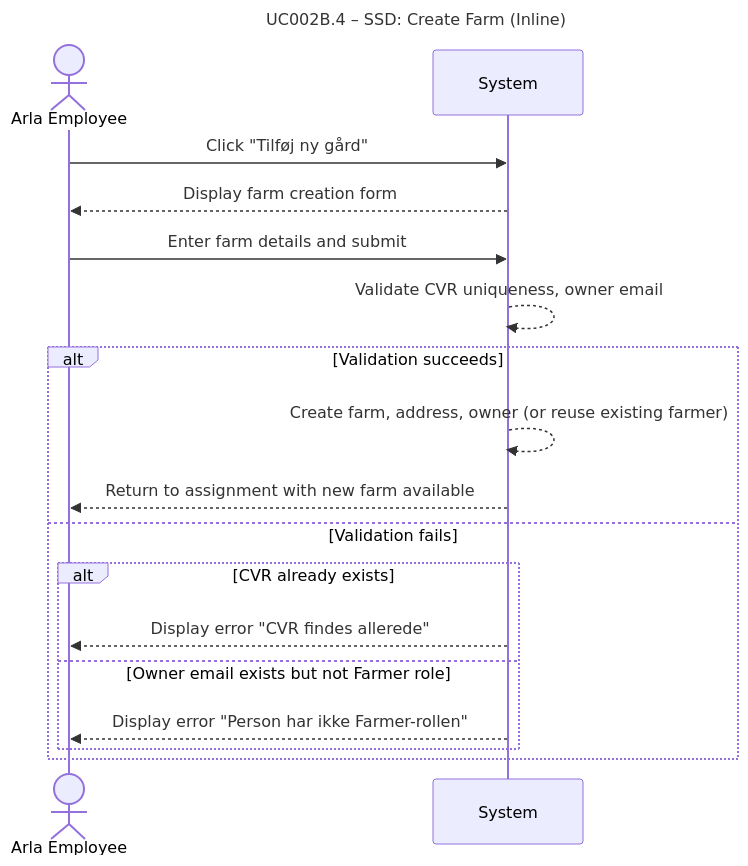
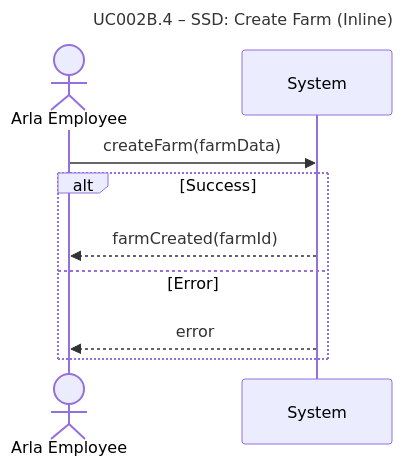
Before and after one commit to DMOoF25-TEAM11/ArlaNatureConnect: the diagram in docs/UseCase002B-AssignNatureCheckCase/UserStories/UC002B.4-CreateFarm/UC002B.4-SSD.md, drawn with Mermaid. The commit also changed other lines of this file and 65 other files, not shown here.

Commit message:
Update of UML

````diff
--- a/docs/UseCase002B-AssignNatureCheckCase/UserStories/UC002B.4-CreateFarm/UC002B.4-SSD.md
+++ b/docs/UseCase002B-AssignNatureCheckCase/UserStories/UC002B.4-CreateFarm/UC002B.4-SSD.md
@@ -3,24 +5,14 @@
 ```mermaid
 sequenceDiagram
     title UC002B.4 – SSD: Create Farm (Inline)
 
     actor ArlaEmployee as Arla Employee
     participant System as System
 
-    ArlaEmployee ->> System: Click "Tilføj ny gård"
-    System -->> ArlaEmployee: Display farm creation form
-    
-    ArlaEmployee ->> System: Enter farm details and submit
-    System -->> System: Validate CVR uniqueness, owner email
-    
-    alt Validation succeeds
-        System -->> System: Create farm, address, owner (or reuse existing farmer)
-        System -->> ArlaEmployee: Return to assignment with new farm available
-    else Validation fails
-        alt CVR already exists
-            System -->> ArlaEmployee: Display error "CVR findes allerede"
-        else Owner email exists but not Farmer role
-            System -->> ArlaEmployee: Display error "Person har ikke Farmer-rollen"
-        end
+    ArlaEmployee ->> System: createFarm(farmData)
+    alt Success
+        System -->> ArlaEmployee: farmCreated(farmId)
+    else Error
+        System -->> ArlaEmployee: error
     end
 ```
````
